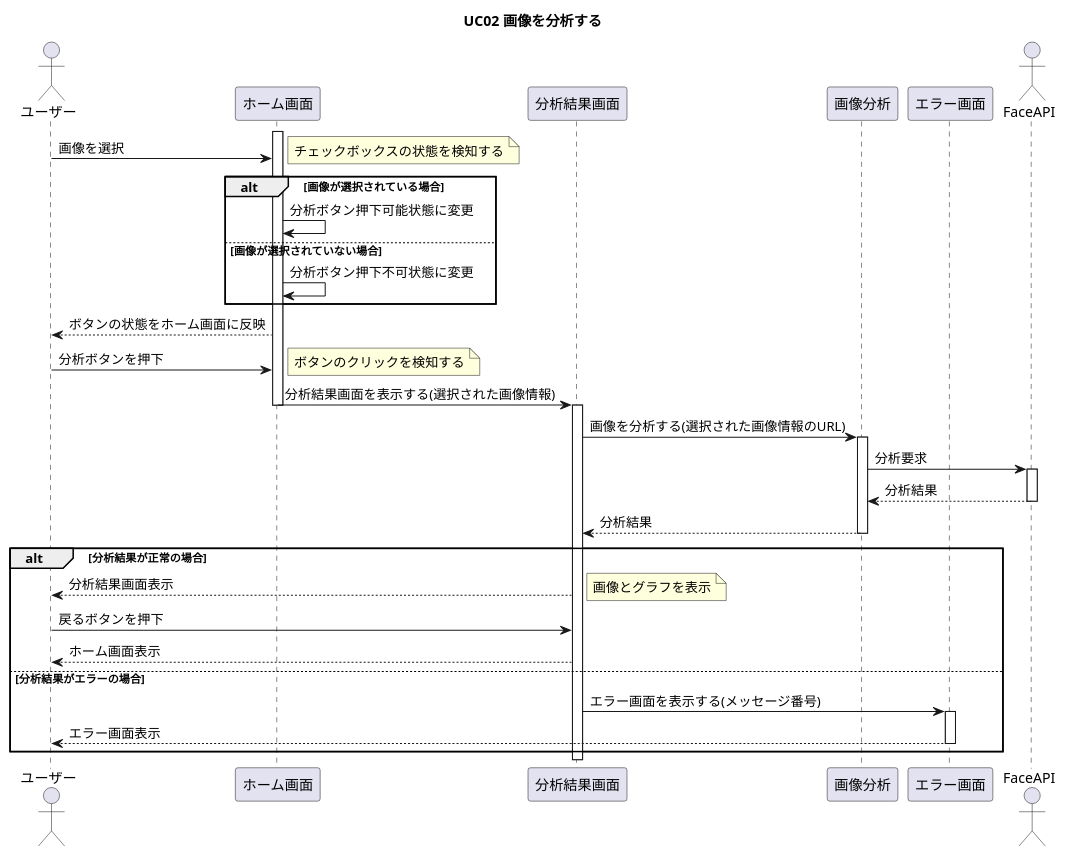
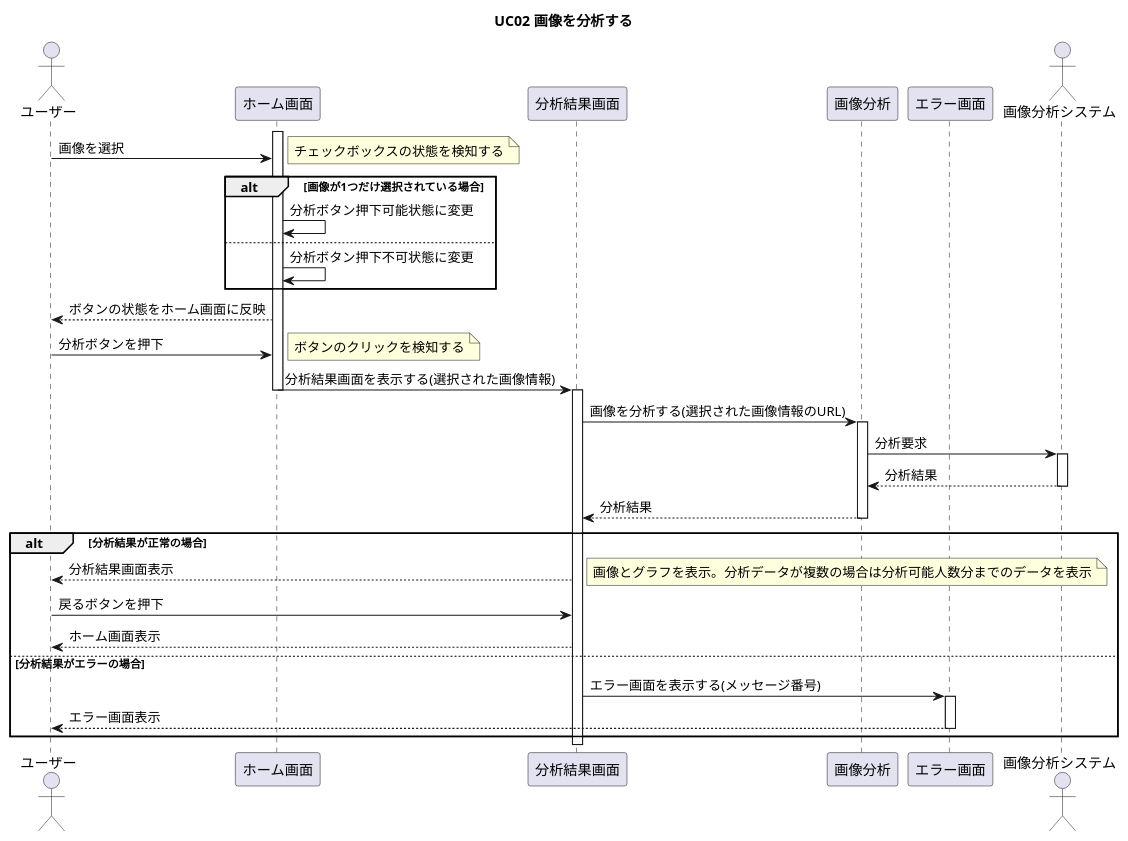
Before and after one commit to nishikawa1114/FaceEmotionSystem: the diagram in doc/uml/seqDiag02.pu, drawn with PlantUML. The commit also changed 2 other files, not shown here.

Commit message:
クラス図シーケンス図修正

```diff
--- a/doc/uml/seqDiag02.pu
+++ b/doc/uml/seqDiag02.pu
@@ -1,50 +1,49 @@
 @startuml
 title UC02 画像を分析する
 
 actor ユーザー
 participant ホーム画面
 participant 分析結果画面
 participant 画像分析
 participant エラー画面
-actor FaceAPI
-
+actor 画像分析システム
 activate ホーム画面
 ユーザー -> ホーム画面 : 画像を選択
 note right : チェックボックスの状態を検知する
 
-alt 画像が選択されている場合
-ホーム画面 -> ホーム画面 : 分析ボタン押下可能状態に変更
-
-else 画像が選択されていない場合
-ホーム画面 -> ホーム画面 : 分析ボタン押下不可状態に変更
+alt 画像が1つだけ選択されている場合
+    ホーム画面 -> ホーム画面 : 分析ボタン押下可能状態に変更
+else 
+    ホーム画面 -> ホーム画面 : 分析ボタン押下不可状態に変更
 end
 ユーザー <-- ホーム画面 : ボタンの状態をホーム画面に反映
 
 ユーザー -> ホーム画面 : 分析ボタンを押下
 note right : ボタンのクリックを検知する
 ホーム画面 -> 分析結果画面 : 分析結果画面を表示する(選択された画像情報)
 deactivate ホーム画面
 activate 分析結果画面
 分析結果画面 -> 画像分析 : 画像を分析する(選択された画像情報のURL)
 activate 画像分析
-画像分析 -> FaceAPI : 分析要求
-activate FaceAPI
-画像分析 <-- FaceAPI : 分析結果
-deactivate FaceAPI
+画像分析 -> 画像分析システム : 分析要求
+activate 画像分析システム
+画像分析 <-- 画像分析システム : 分析結果
+deactivate 画像分析システム
 分析結果画面 <-- 画像分析 : 分析結果
 deactivate 画像分析
 
 alt 分析結果が正常の場合
-ユーザー <-- 分析結果画面 : 分析結果画面表示
-note right : 画像とグラフを表示
-ユーザー -> 分析結果画面 : 戻るボタンを押下
-ユーザー <-- 分析結果画面 : ホーム画面表示
+    ユーザー <-- 分析結果画面 : 分析結果画面表示
+    note right : 画像とグラフを表示。分析データが複数の場合は分析可能人数分までのデータを表示
+    
+    ユーザー -> 分析結果画面 : 戻るボタンを押下
+    ユーザー <-- 分析結果画面 : ホーム画面表示
 
 else 分析結果がエラーの場合
-分析結果画面 -> エラー画面 : エラー画面を表示する(メッセージ番号)
-activate エラー画面
-ユーザー <-- エラー画面 : エラー画面表示
-deactivate エラー画面
+    分析結果画面 -> エラー画面 : エラー画面を表示する(メッセージ番号)
+    activate エラー画面
+    ユーザー <-- エラー画面 : エラー画面表示
+    deactivate エラー画面
 end
 
 @enduml
```
